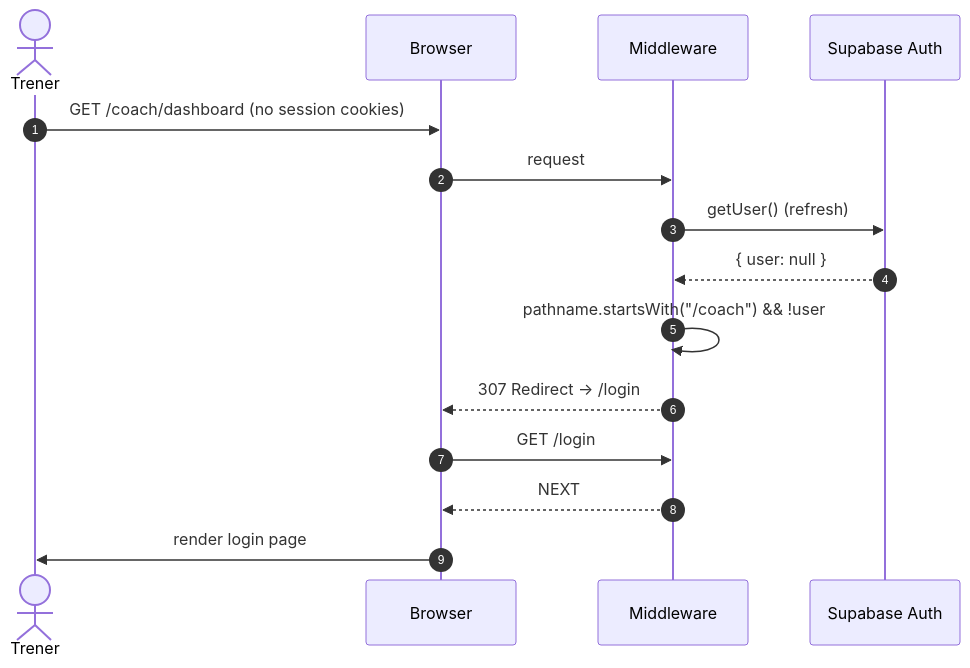
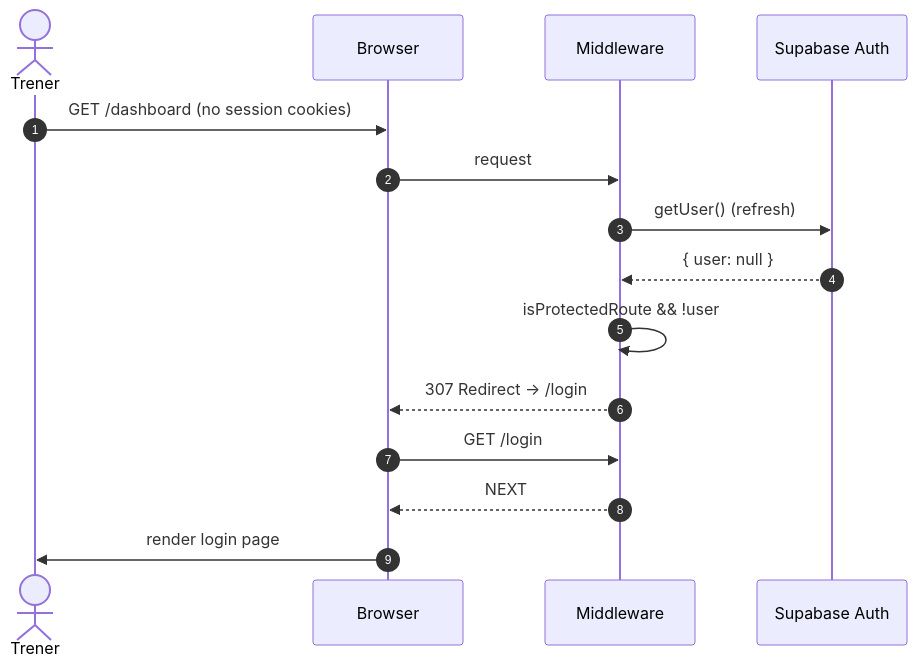
One commit to dawidmalickilodz/DudiCoach changed the third of 3 diagrams in docs/design/US-001-design.md. Above: the diagram before and after it, drawn with Mermaid. The commit also changed other lines of this file and 13 other files, not shown here.

````diff
--- a/docs/design/US-001-design.md
+++ b/docs/design/US-001-design.md
@@ -318,18 +318,18 @@
 ```mermaid
 sequenceDiagram
   autonumber
   actor Coach as Trener
   participant Browser
   participant MW as Middleware
   participant Supa as Supabase Auth
 
-  Coach->>Browser: GET /coach/dashboard (no session cookies)
+  Coach->>Browser: GET /dashboard (no session cookies)
   Browser->>MW: request
   MW->>Supa: getUser() (refresh)
   Supa-->>MW: { user: null }
-  MW->>MW: pathname.startsWith("/coach") && !user
+  MW->>MW: isProtectedRoute && !user
   MW-->>Browser: 307 Redirect → /login
   Browser->>MW: GET /login
   MW-->>Browser: NEXT
   Browser->>Coach: render login page
 ```
````
